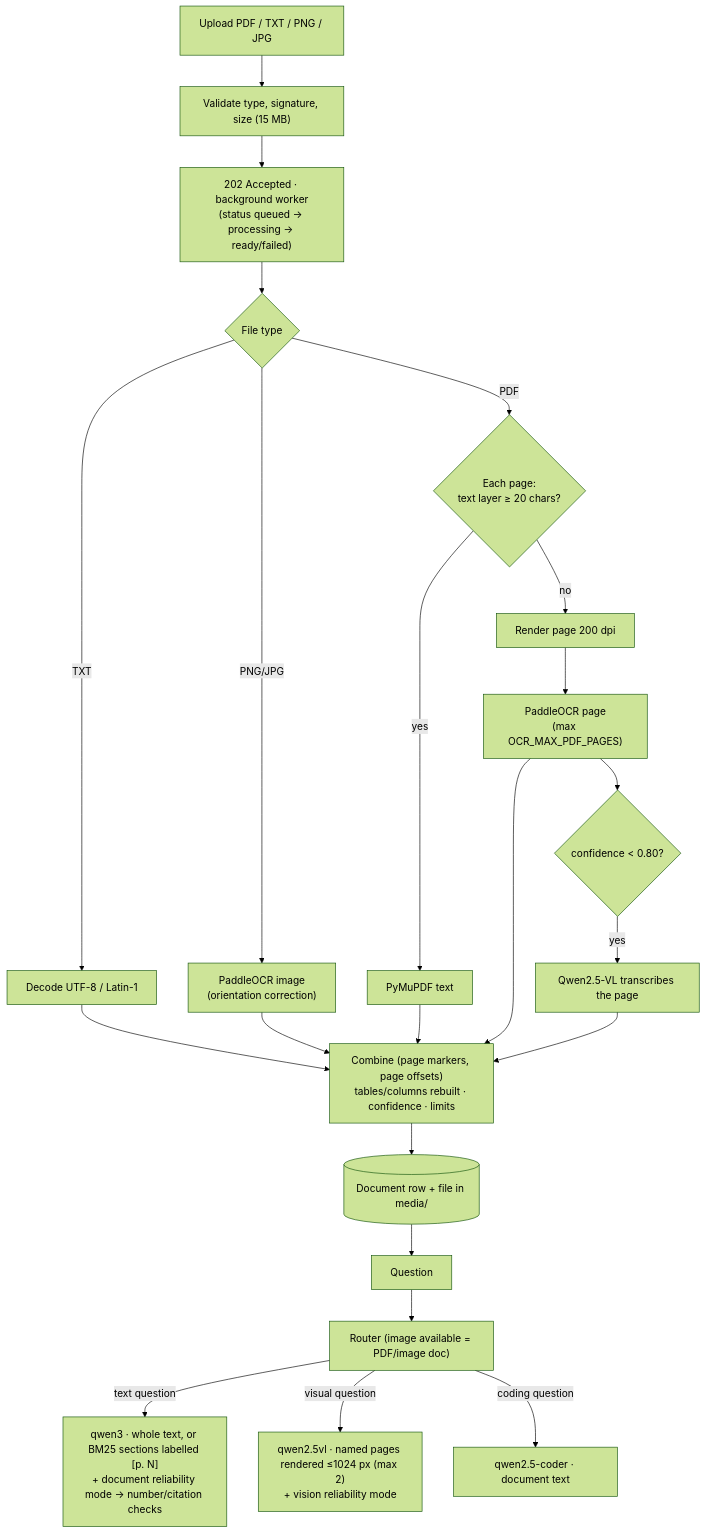
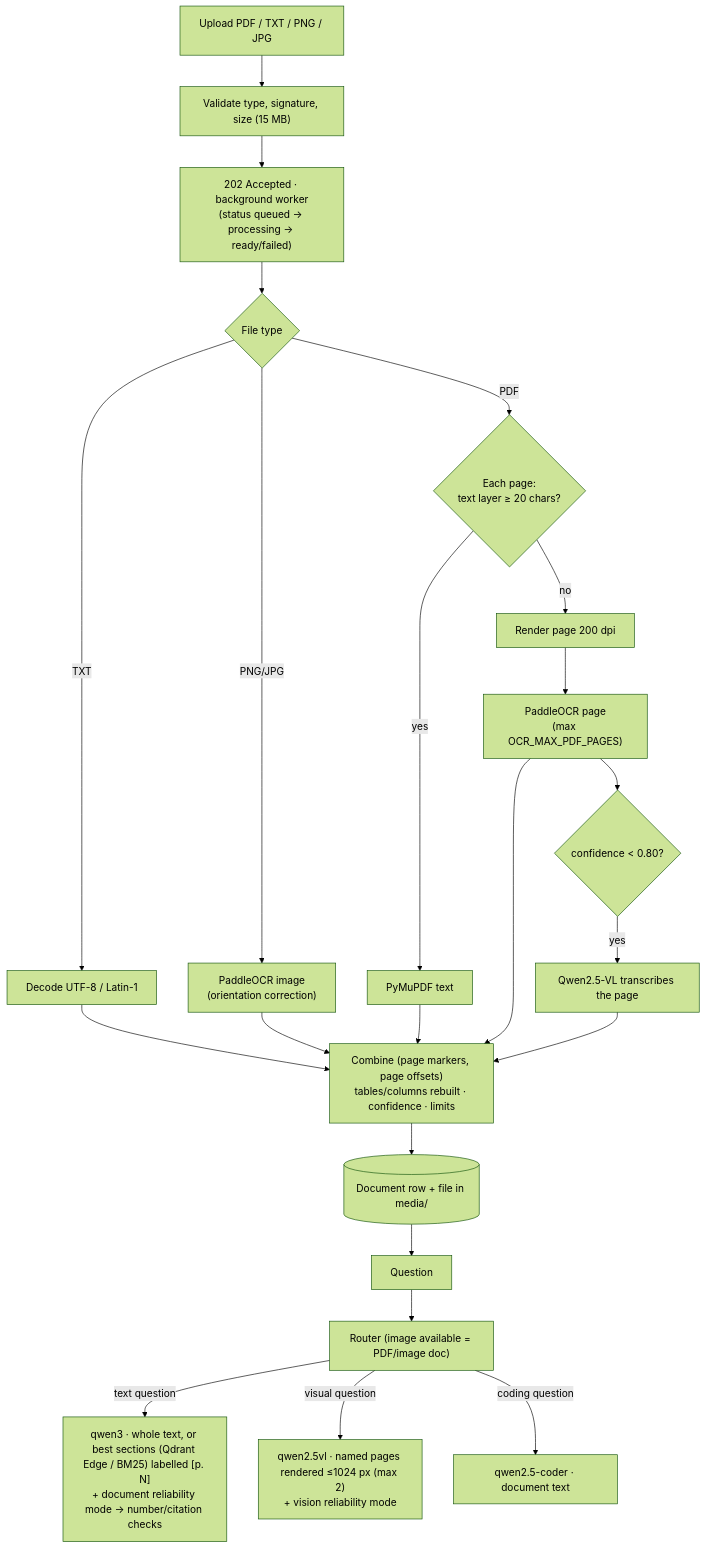
The fourth of 6 diagrams in README.md (OnishNimiwal/PlantEdge), drawn with Mermaid (forest theme) before and after one commit. The commit also changed other lines of this file and 57 other files, not shown here.

First line of the commit message:
feat(knowledge): Qdrant Edge memory, knowledge base Q&A, classification and egress guard

````diff
--- a/README.md
+++ b/README.md
@@ -281,19 +307,19 @@
 ```mermaid
 flowchart TD
     UP["Upload PDF / TXT / PNG / JPG"] --> VAL["Validate type, signature, size (15 MB)"]
     VAL --> BG["202 Accepted · background worker<br/>(status queued → processing → ready/failed)"]
     BG --> T{File type}
     T -- TXT --> TXT["Decode UTF-8 / Latin-1"]
     T -- PNG/JPG --> OCRI["PaddleOCR image<br/>(orientation correction)"]
     T -- PDF --> PG{"Each page:<br/>text layer ≥ 20 chars?"}
     PG -- yes --> TL["PyMuPDF text"]
     PG -- no --> RND["Render page 200 dpi"] --> OCRP["PaddleOCR page<br/>(max OCR_MAX_PDF_PAGES)"]
     OCRP --> LOW{"confidence < 0.80?"}
     LOW -- yes --> VT["Qwen2.5-VL transcribes the page"]
     TXT & OCRI & TL & OCRP & VT --> JOIN["Combine (page markers, page offsets)<br/>tables/columns rebuilt · confidence · limits"]
     JOIN --> STORE[("Document row + file in media/")]
     STORE --> Q["Question"] --> RQ["Router (image available = PDF/image doc)"]
-    RQ -- "text question" --> TXTQ["qwen3 · whole text, or BM25 sections labelled [p. N]<br/>+ document reliability mode → number/citation checks"]
+    RQ -- "text question" --> TXTQ["qwen3 · whole text, or best sections (Qdrant Edge / BM25) labelled [p. N]<br/>+ document reliability mode → number/citation checks"]
     RQ -- "visual question" --> VIS["qwen2.5vl · named pages rendered ≤1024 px (max 2)<br/>+ vision reliability mode"]
     RQ -- "coding question" --> COD["qwen2.5-coder · document text"]
 ```
````
